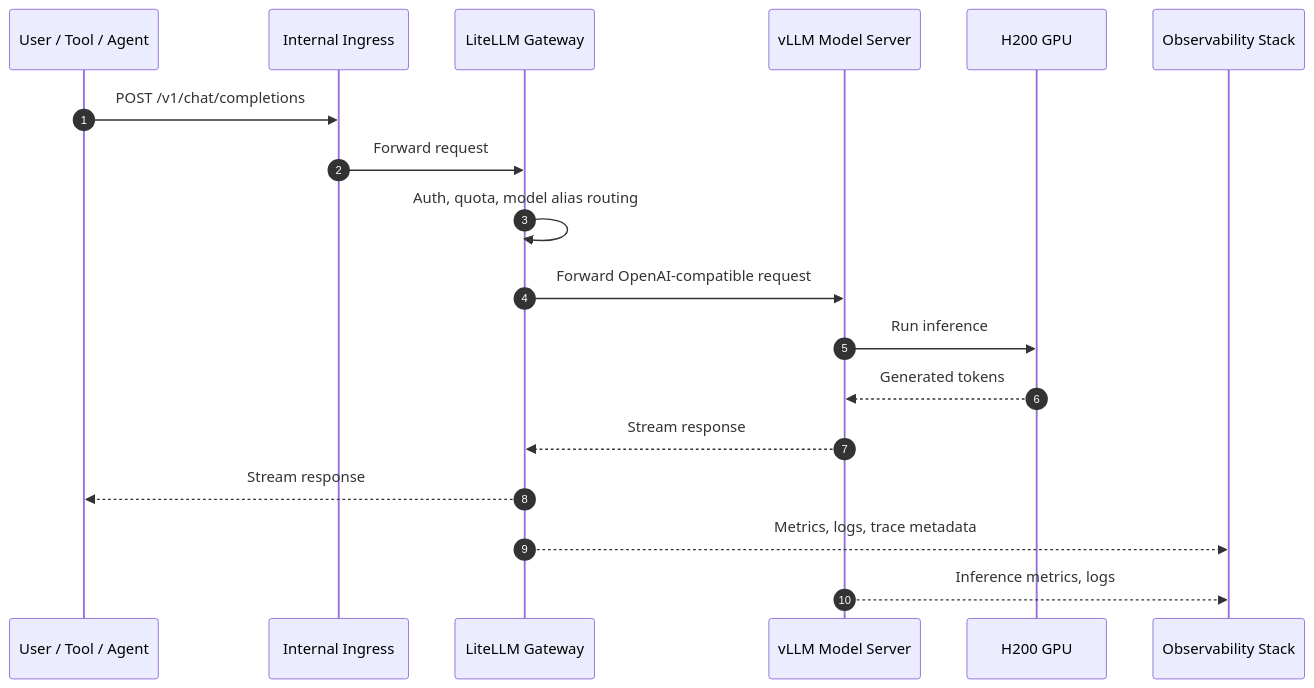
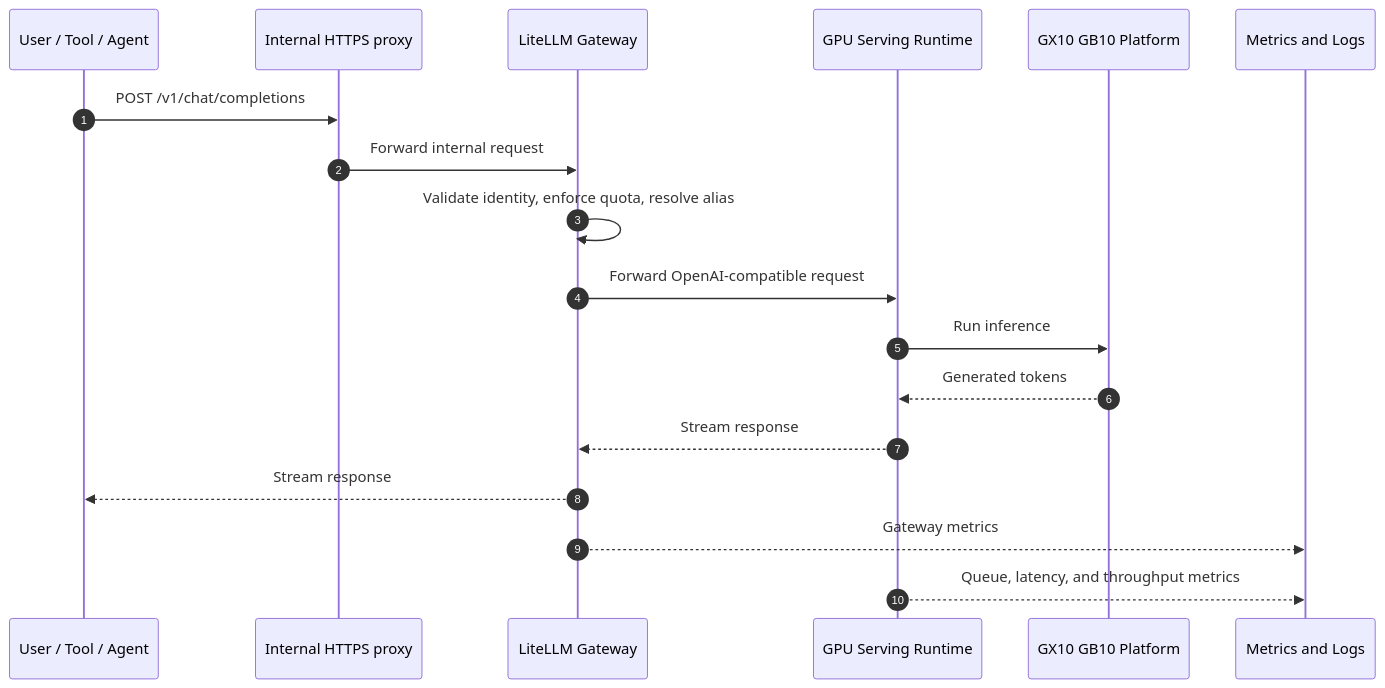
The diagram in docs/architecture.md (CopyPasteFail/llm-on-prem), drawn with Mermaid before and after one commit. The commit also changed other lines of this file, not shown here.

Commit message:
Replace cluster architecture with GX10 single-host design

````diff
--- a/docs/architecture.md
+++ b/docs/architecture.md
@@ -19,21 +22,21 @@
 ```mermaid
 sequenceDiagram
     autonumber
-    participant User as User / Tool / Agent
-    participant Ingress as Internal Ingress
+    participant Client as User / Tool / Agent
+    participant Proxy as Internal HTTPS proxy
     participant Gateway as LiteLLM Gateway
-    participant VLLM as vLLM Model Server
-    participant GPU as H200 GPU
-    participant Obs as Observability Stack
+    participant Runtime as GPU Serving Runtime
+    participant GX10 as GX10 GB10 Platform
+    participant Obs as Metrics and Logs
 
-    User->>Ingress: POST /v1/chat/completions
-    Ingress->>Gateway: Forward request
-    Gateway->>Gateway: Auth, quota, model alias routing
-    Gateway->>VLLM: Forward OpenAI-compatible request
-    VLLM->>GPU: Run inference
-    GPU-->>VLLM: Generated tokens
-    VLLM-->>Gateway: Stream response
-    Gateway-->>User: Stream response
-    Gateway-->>Obs: Metrics, logs, trace metadata
-    VLLM-->>Obs: Inference metrics, logs
+    Client->>Proxy: POST /v1/chat/completions
+    Proxy->>Gateway: Forward internal request
+    Gateway->>Gateway: Validate identity, enforce quota, resolve alias
+    Gateway->>Runtime: Forward OpenAI-compatible request
+    Runtime->>GX10: Run inference
+    GX10-->>Runtime: Generated tokens
+    Runtime-->>Gateway: Stream response
+    Gateway-->>Client: Stream response
+    Gateway-->>Obs: Gateway metrics
+    Runtime-->>Obs: Queue, latency, and throughput metrics
 ```
````
